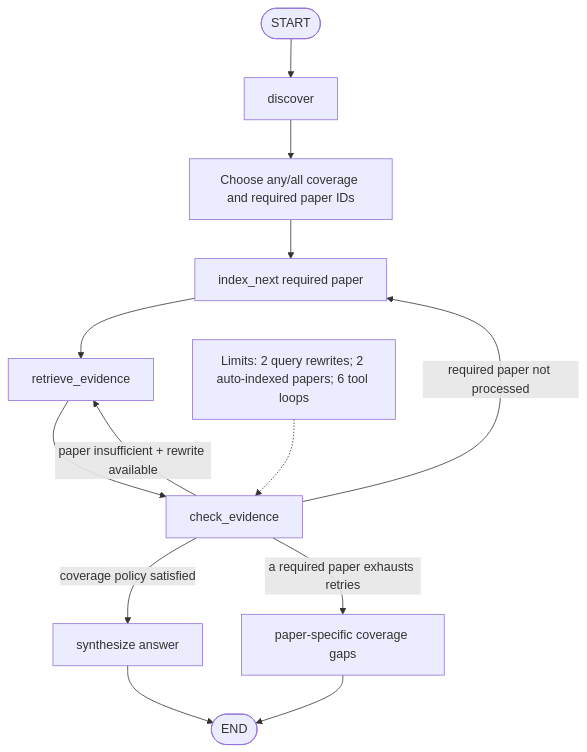
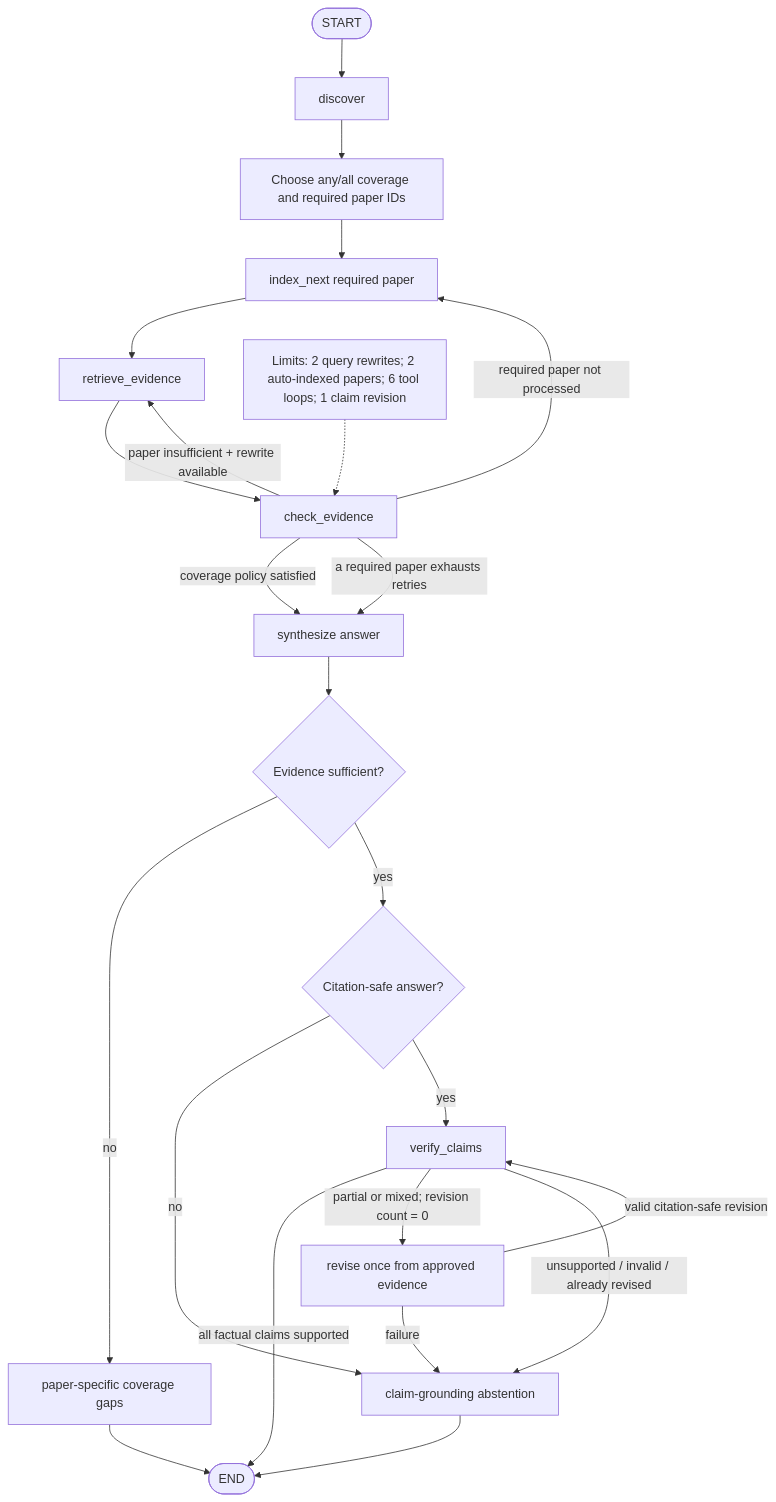
The third of 11 diagrams in docs/SYSTEM_VISUALIZATION.md (TQC0103/scientific-research-agent), drawn with Mermaid before and after one commit. The commit also changed other lines of this file and 10 other files, not shown here.

Commit message:
Integrate bounded claim verification flow

````diff
--- a/docs/SYSTEM_VISUALIZATION.md
+++ b/docs/SYSTEM_VISUALIZATION.md
@@ -57,18 +57,28 @@
 ```mermaid
 flowchart TD
     START(["START"]) --> DISCOVER["discover"]
     DISCOVER --> COVERAGE["Choose any/all coverage and required paper IDs"]
     COVERAGE --> INDEX["index_next required paper"]
     INDEX --> RETRIEVE["retrieve_evidence"]
     RETRIEVE --> CHECK["check_evidence"]
 
     CHECK -->|"coverage policy satisfied"| SYNTH["synthesize answer"]
     CHECK -->|"paper insufficient + rewrite available"| RETRIEVE
     CHECK -->|"required paper not processed"| INDEX
-    CHECK -->|"a required paper exhausts retries"| ABSTAIN["paper-specific coverage gaps"]
+    CHECK -->|"a required paper exhausts retries"| SYNTH
 
-    SYNTH --> END(["END"])
-    ABSTAIN --> END
+    SYNTH --> ENOUGH{"Evidence sufficient?"}
+    ENOUGH -->|"no"| COVERAGE_GAP["paper-specific coverage gaps"]
+    ENOUGH -->|"yes"| CITES{"Citation-safe answer?"}
+    CITES -->|"no"| CLAIM_ABSTAIN["claim-grounding abstention"]
+    CITES -->|"yes"| CLAIMS["verify_claims"]
+    CLAIMS -->|"all factual claims supported"| END(["END"])
+    CLAIMS -->|"partial or mixed; revision count = 0"| REVISE["revise once from approved evidence"]
+    CLAIMS -->|"unsupported / invalid / already revised"| CLAIM_ABSTAIN
+    REVISE -->|"valid citation-safe revision"| CLAIMS
+    REVISE -->|"failure"| CLAIM_ABSTAIN
+    COVERAGE_GAP --> END
+    CLAIM_ABSTAIN --> END
 
-    LIMITS["Limits: 2 query rewrites; 2 auto-indexed papers; 6 tool loops"] -.-> CHECK
+    LIMITS["Limits: 2 query rewrites; 2 auto-indexed papers; 6 tool loops; 1 claim revision"] -.-> CHECK
 ```
````
